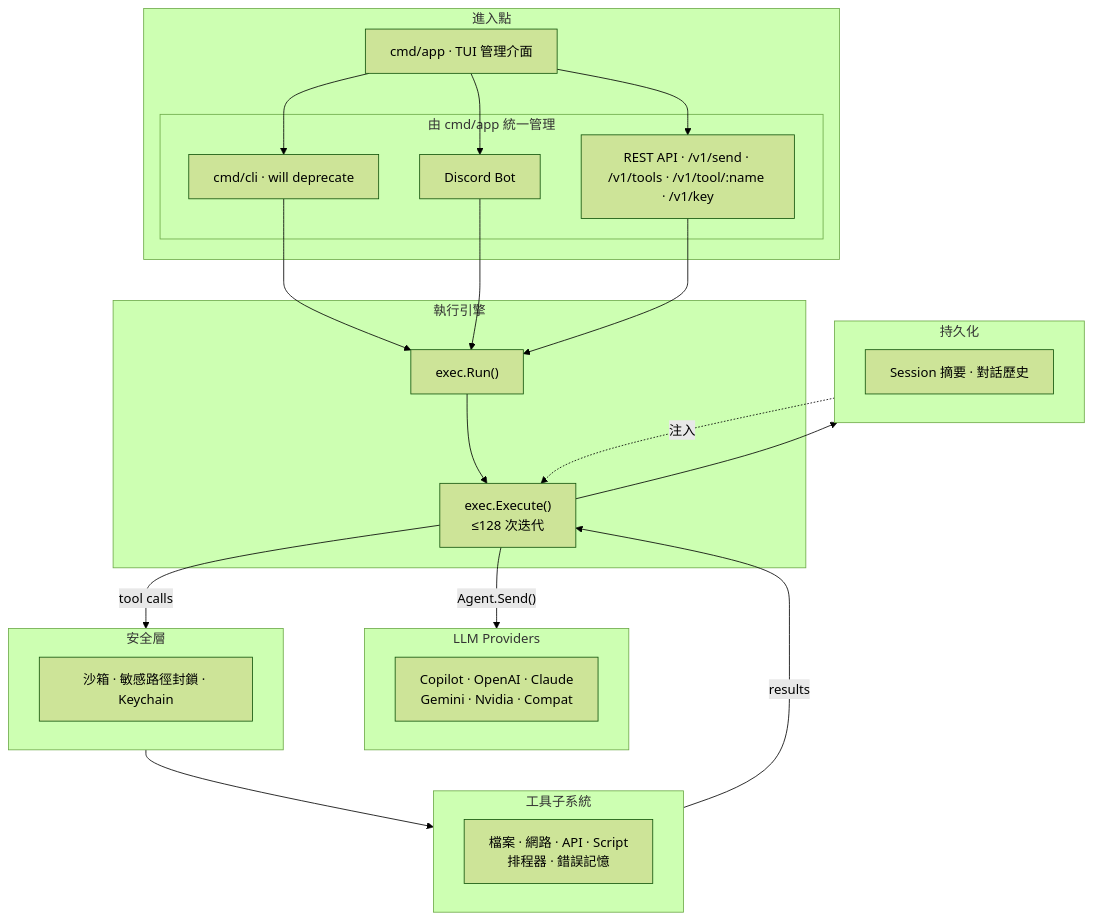
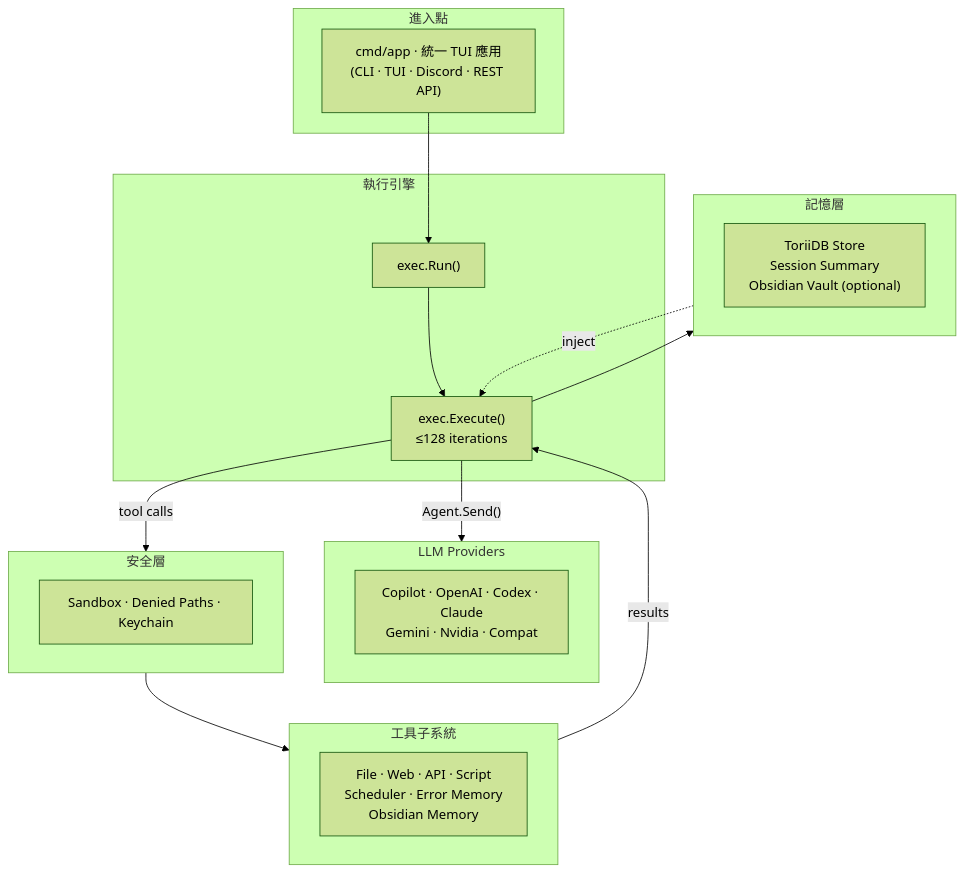
The first of 7 diagrams in doc/architecture.zh.md (pardnchiu/Agenvoy), drawn with Mermaid (forest theme) before and after one commit. The commit also changed other lines of this file and 5 other files, not shown here.

Commit message:
release: v0.18.0 Introduces vim-style TUI navigation with command input mode, consolidates CLI and server into a unified agen entrypoin

````diff
--- a/doc/architecture.zh.md
+++ b/doc/architecture.zh.md
@@ -9,46 +11,36 @@
 ```mermaid
 graph TB
     subgraph Entry ["進入點"]
-        App["cmd/app · TUI 管理介面"]
-        subgraph Managed ["由 cmd/app 統一管理"]
-            CLI["cmd/cli · will deprecate"]
-            Discord["Discord Bot"]
-            API["REST API · /v1/send · /v1/tools · /v1/tool/:name · /v1/key"]
-        end
+        App["cmd/app · 統一 TUI 應用\n(CLI · TUI · Discord · REST API)"]
     end
 
     subgraph Engine ["執行引擎"]
         Run["exec.Run()"]
-        Execute["exec.Execute()\n≤128 次迭代"]
+        Execute["exec.Execute()\n≤128 iterations"]
     end
 
     subgraph Providers ["LLM Providers"]
-        P["Copilot · OpenAI · Claude\nGemini · Nvidia · Compat"]
+        P["Copilot · OpenAI · Codex · Claude\nGemini · Nvidia · Compat"]
     end
 
     subgraph Security ["安全層"]
-        S["沙箱 · 敏感路徑封鎖 · Keychain"]
+        S["Sandbox · Denied Paths · Keychain"]
     end
 
     subgraph Tools ["工具子系統"]
-        T["檔案 · 網路 · API · Script\n排程器 · 錯誤記憶"]
+        T["File · Web · API · Script\nScheduler · Error Memory\nObsidian Memory"]
     end
 
-    subgraph Persistence ["持久化"]
-        PS["Session 摘要 · 對話歷史"]
+    subgraph Memory ["記憶層"]
+        PS["ToriiDB Store\nSession Summary\nObsidian Vault (optional)"]
     end
 
-    App --> CLI
-    App --> Discord
-    App --> API
-    CLI --> Run
-    Discord --> Run
-    API --> Run
+    App --> Run
     Run --> Execute
     Execute -->|"Agent.Send()"| Providers
     Execute -->|"tool calls"| Security
     Security --> Tools
     Tools -->|"results"| Execute
-    Execute --> Persistence
-    Persistence -.->|"注入"| Execute
+    Execute --> Memory
+    Memory -.->|"inject"| Execute
 ```
````
